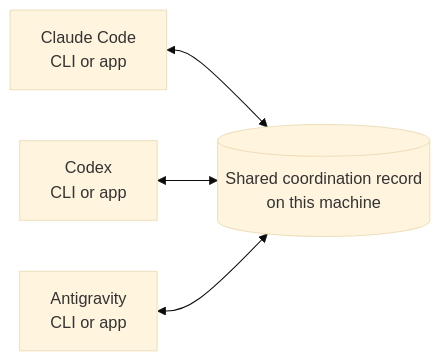
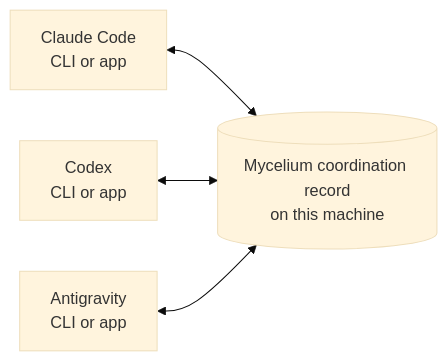
Before and after one commit to mcleanT/sporedrive: the first of 2 diagrams in README.md, drawn with Mermaid (base theme). The commit also changed other lines of this file, not shown here.

Commit message:
docs(readme): name Mycelium in the opening and explain how SporeDrive relates to it

````diff
--- a/README.md
+++ b/README.md
@@ -15,6 +16,6 @@
 ```mermaid
 flowchart LR
-  C["Claude Code<br/>CLI or app"] <--> M[("Shared coordination record<br/>on this machine")]
+  C["Claude Code<br/>CLI or app"] <--> M[("Mycelium coordination record<br/>on this machine")]
   X["Codex<br/>CLI or app"] <--> M
   A["Antigravity<br/>CLI or app"] <--> M
 ```
````
